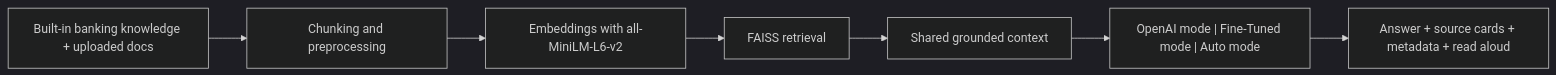
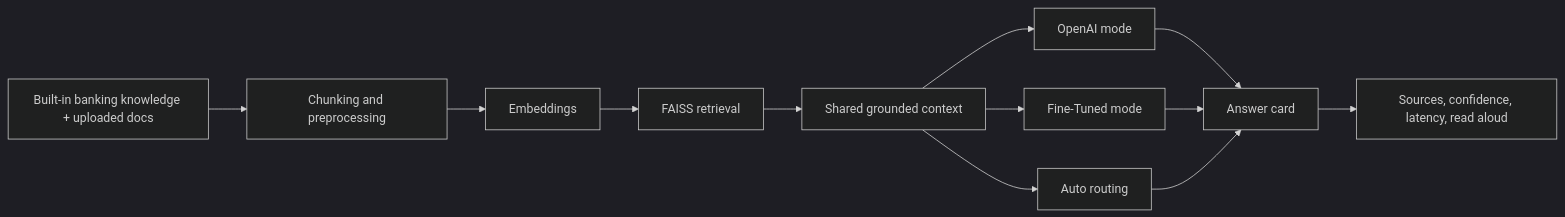
The diagram in 01-rag-system/README.md (rakeshmadasaniai/banking-genai-portfolio), drawn with Mermaid (dark theme) before and after one commit. The commit also changed other lines of this file and 15 other files, not shown here.

````diff
--- a/01-rag-system/README.md
+++ b/01-rag-system/README.md
@@ -64,9 +57,14 @@
 ```mermaid
 flowchart LR
     A["Built-in banking knowledge + uploaded docs"] --> B["Chunking and preprocessing"]
-    B --> C["Embeddings with all-MiniLM-L6-v2"]
+    B --> C["Embeddings"]
     C --> D["FAISS retrieval"]
     D --> E["Shared grounded context"]
-    E --> F["OpenAI mode | Fine-Tuned mode | Auto mode"]
-    F --> G["Answer + source cards + metadata + read aloud"]
+    E --> F["OpenAI mode"]
+    E --> G["Fine-Tuned mode"]
+    E --> H["Auto routing"]
+    F --> I["Answer card"]
+    G --> I
+    H --> I
+    I --> J["Sources, confidence, latency, read aloud"]
 ```
````
